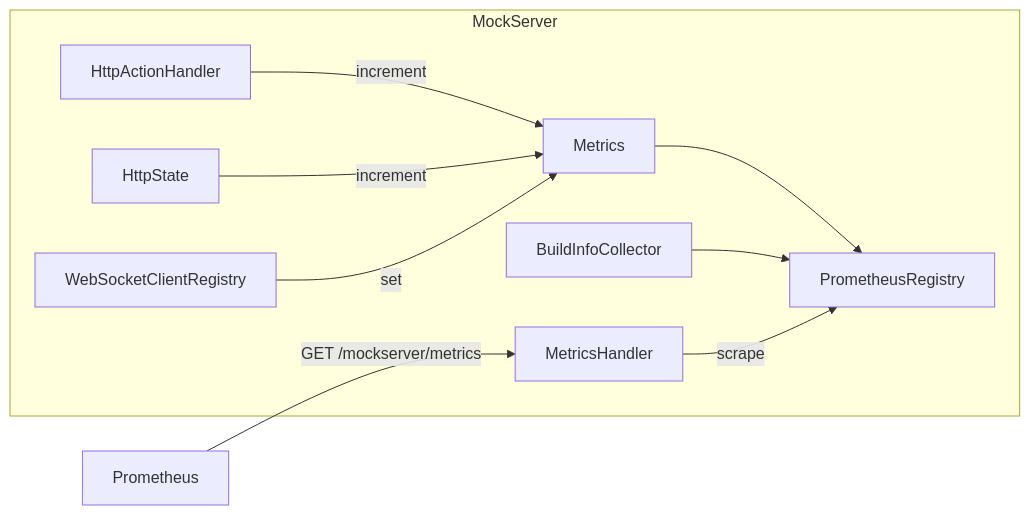
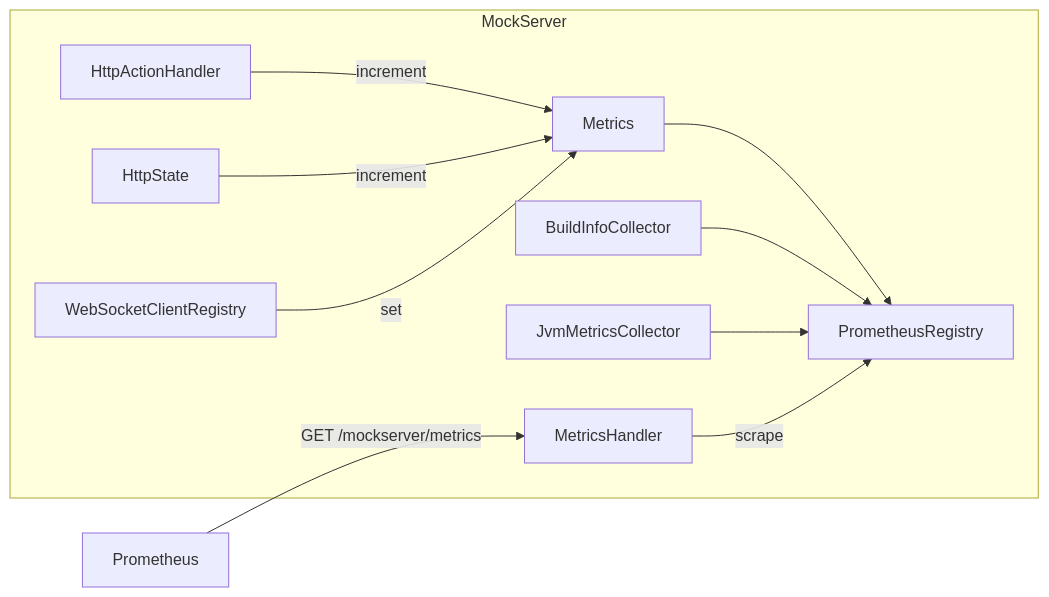
The diagram in docs/code/metrics.md (weotr/mockserver-monorepo), drawn with Mermaid before and after one commit. The commit also changed other lines of this file and 3 other files, not shown here.

First line of the commit message:
feat(metrics): expose JVM runtime metrics on the Prometheus endpoint

````diff
--- a/docs/code/metrics.md
+++ b/docs/code/metrics.md
@@ -9,12 +9,13 @@
 ```mermaid
 graph LR
     subgraph "MockServer"
         HA[HttpActionHandler] -->|increment| M[Metrics]
         HS[HttpState] -->|increment| M
         WS[WebSocketClientRegistry] -->|set| M
         M --> CR[PrometheusRegistry]
         BIC[BuildInfoCollector] --> CR
+        JMC[JvmMetricsCollector] --> CR
         MH[MetricsHandler] -->|scrape| CR
     end
     P[Prometheus] -->|GET /mockserver/metrics| MH
 ```
````
